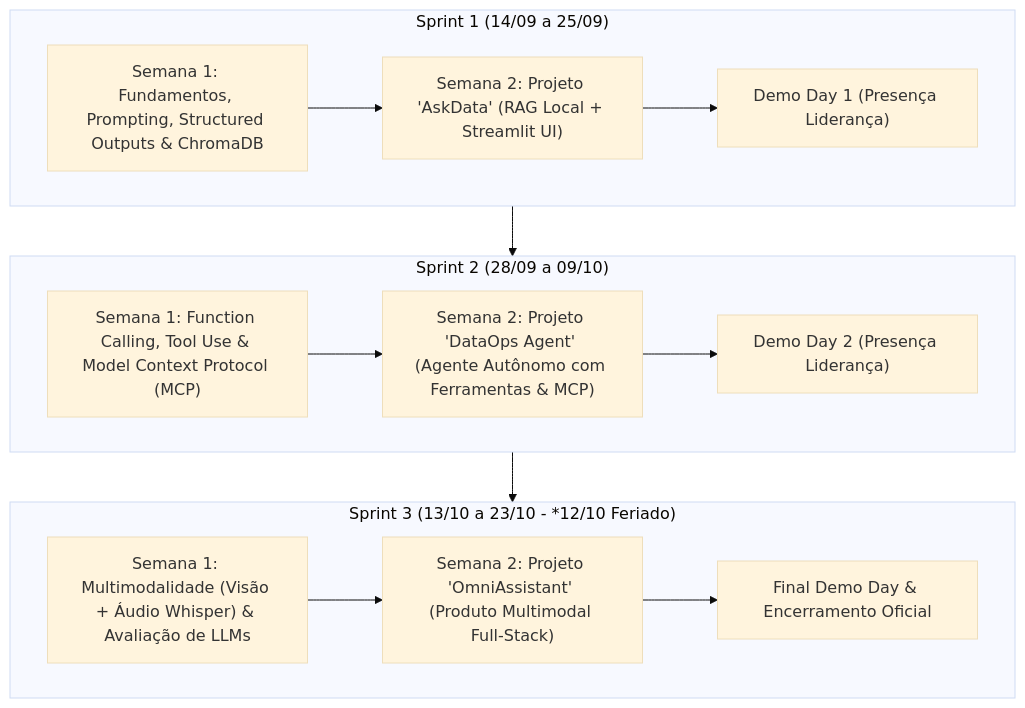
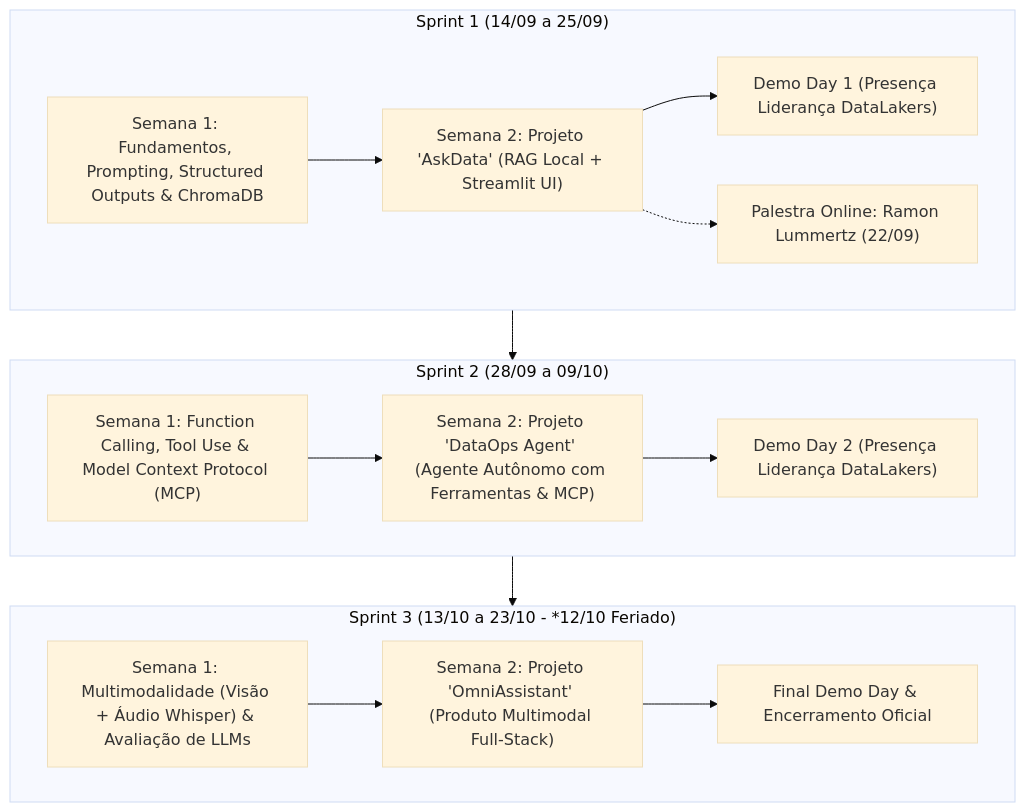
Before and after one commit to eduardo-de-bastiani/grupo-de-estudos-ia: the diagram in README.md, drawn with Mermaid (base theme). The commit also changed other lines of this file and 11 other files, not shown here.

````diff
--- a/README.md
+++ b/README.md
@@ -22,25 +22,27 @@
 ```mermaid
 flowchart TD
     subgraph S1["Sprint 1 (14/09 a 25/09)"]
         S1W1["Semana 1: Fundamentos, Prompting, Structured Outputs & ChromaDB"]
         S1W2["Semana 2: Projeto 'AskData' (RAG Local + Streamlit UI)"]
-        S1Demo["Demo Day 1 (Presença Liderança)"]
+        S1Special["Palestra Online: Ramon Lummertz (22/09)"]
+        S1Demo["Demo Day 1 (Presença Liderança DataLakers)"]
         S1W1 --> S1W2 --> S1Demo
+        S1W2 -.-> S1Special
     end
 
     subgraph S2["Sprint 2 (28/09 a 09/10)"]
         S2W1["Semana 1: Function Calling, Tool Use & Model Context Protocol (MCP)"]
         S2W2["Semana 2: Projeto 'DataOps Agent' (Agente Autônomo com Ferramentas & MCP)"]
-        S2Demo["Demo Day 2 (Presença Liderança)"]
+        S2Demo["Demo Day 2 (Presença Liderança DataLakers)"]
         S2W1 --> S2W2 --> S2Demo
     end
 
     subgraph S3["Sprint 3 (13/10 a 23/10 - *12/10 Feriado)"]
         S3W1["Semana 1: Multimodalidade (Visão + Áudio Whisper) & Avaliação de LLMs"]
         S3W2["Semana 2: Projeto 'OmniAssistant' (Produto Multimodal Full-Stack)"]
         S3Demo["Final Demo Day & Encerramento Oficial"]
         S3W1 --> S3W2 --> S3Demo
     end
 
     S1 --> S2 --> S3
 ```
````
